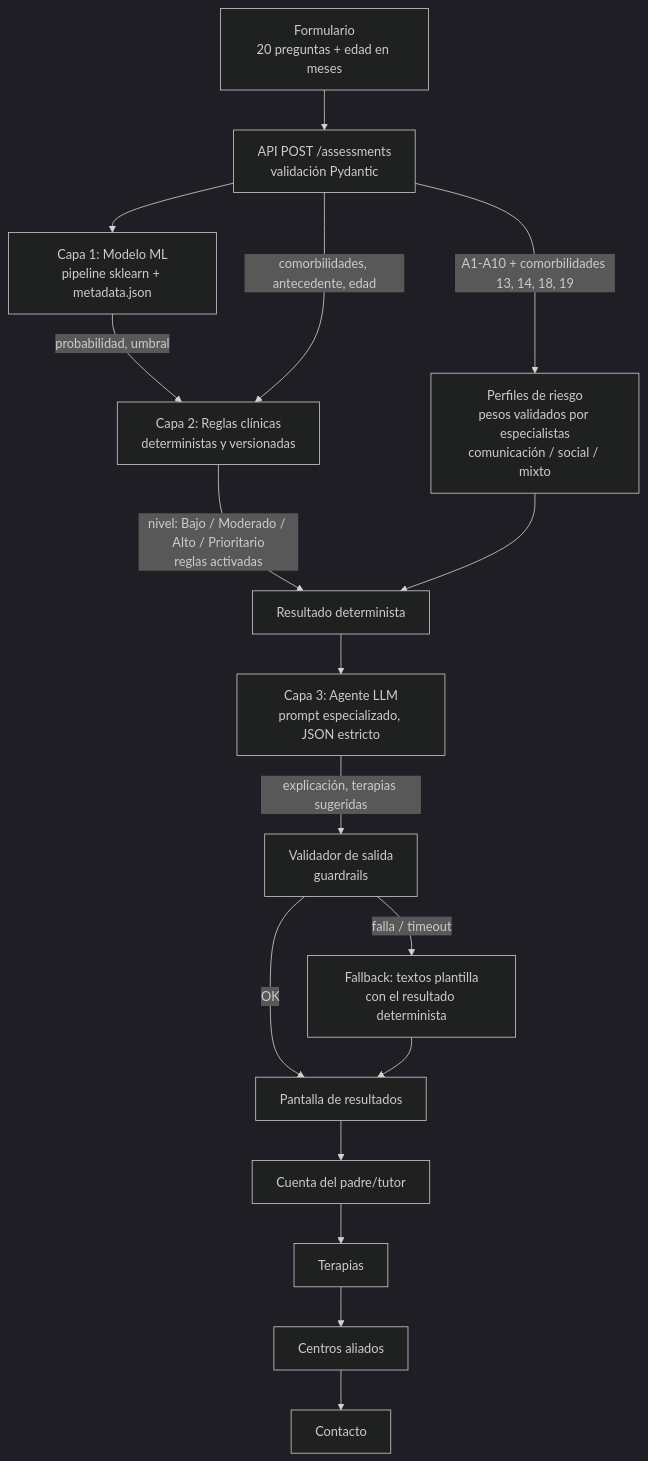
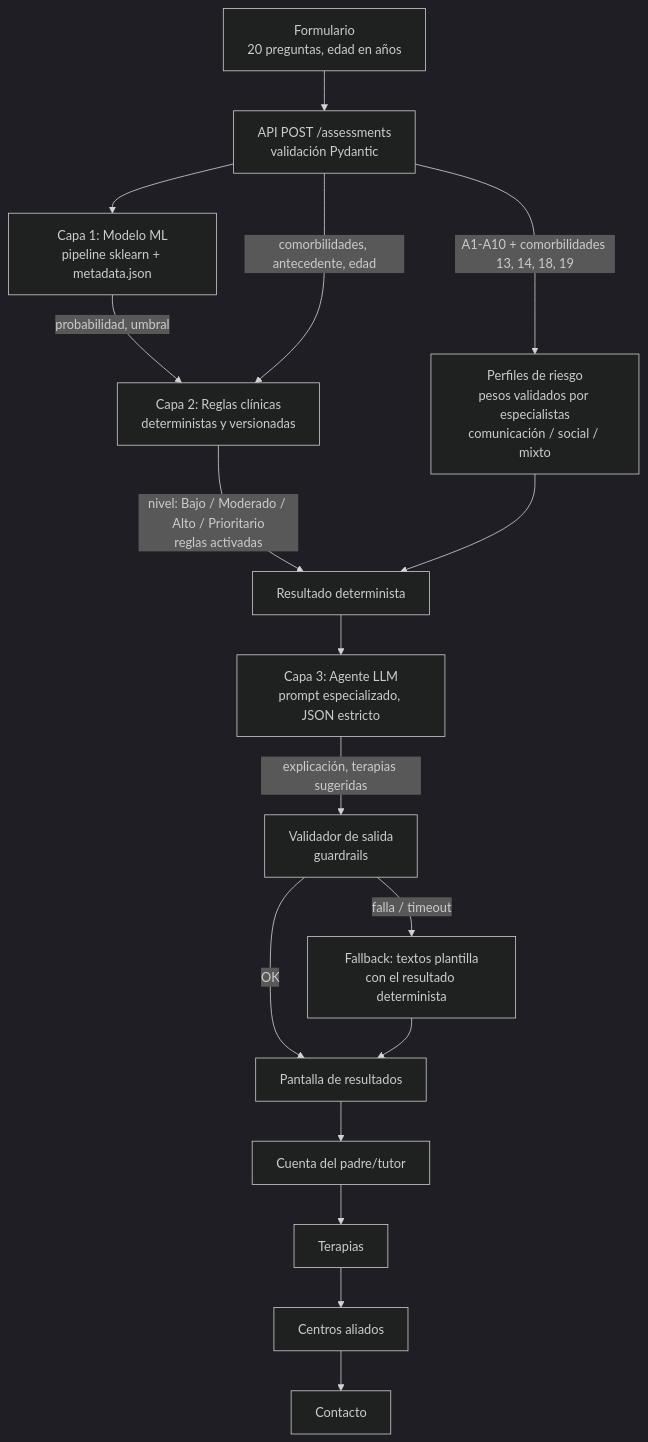
One commit to ErnestoSCL/neuroa-modelo-tamizaje changed the first of 2 diagrams in docs/consideraciones_app_tamizaje.md. Above: the diagram before and after it, drawn with Mermaid (dark theme). The commit also changed other lines of this file and 5 other files, not shown here.

First line of the commit message:
Formulario de tamizaje: 20 preguntas ajustadas y hoja de validación

````diff
--- a/docs/consideraciones_app_tamizaje.md
+++ b/docs/consideraciones_app_tamizaje.md
@@ -123,16 +120,16 @@
 ```mermaid
 flowchart TD
-    A[Formulario<br/>20 preguntas + edad en meses] --> B[API POST /assessments<br/>validación Pydantic]
+    A[Formulario<br/>20 preguntas, edad en años] --> B[API POST /assessments<br/>validación Pydantic]
     B --> C[Capa 1: Modelo ML<br/>pipeline sklearn + metadata.json]
     C -->|probabilidad, umbral| D[Capa 2: Reglas clínicas<br/>deterministas y versionadas]
     B -->|comorbilidades, antecedente, edad| D
     D -->|nivel: Bajo / Moderado / Alto / Prioritario<br/>reglas activadas| E[Resultado determinista]
     B -->|A1-A10 + comorbilidades 13, 14, 18, 19| P[Perfiles de riesgo<br/>pesos validados por especialistas<br/>comunicación / social / mixto]
     P --> E
     E --> F[Capa 3: Agente LLM<br/>prompt especializado, JSON estricto]
     F -->|explicación, terapias sugeridas| G[Validador de salida<br/>guardrails]
     G -->|OK| H[Pantalla de resultados]
     G -->|falla / timeout| I[Fallback: textos plantilla<br/>con el resultado determinista]
     I --> H
     H --> J[Cuenta del padre/tutor] --> K[Terapias] --> L[Centros aliados] --> M[Contacto]
 ```
````
